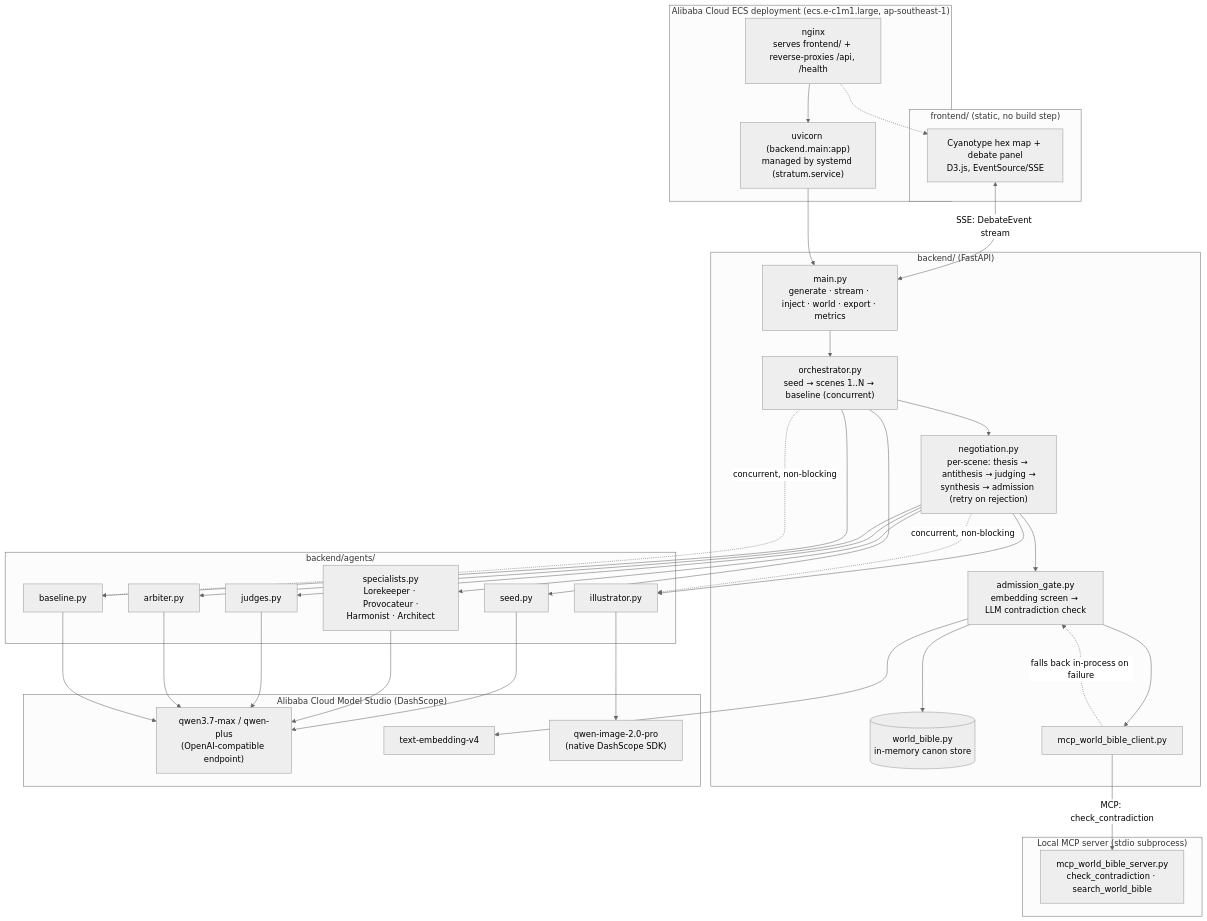
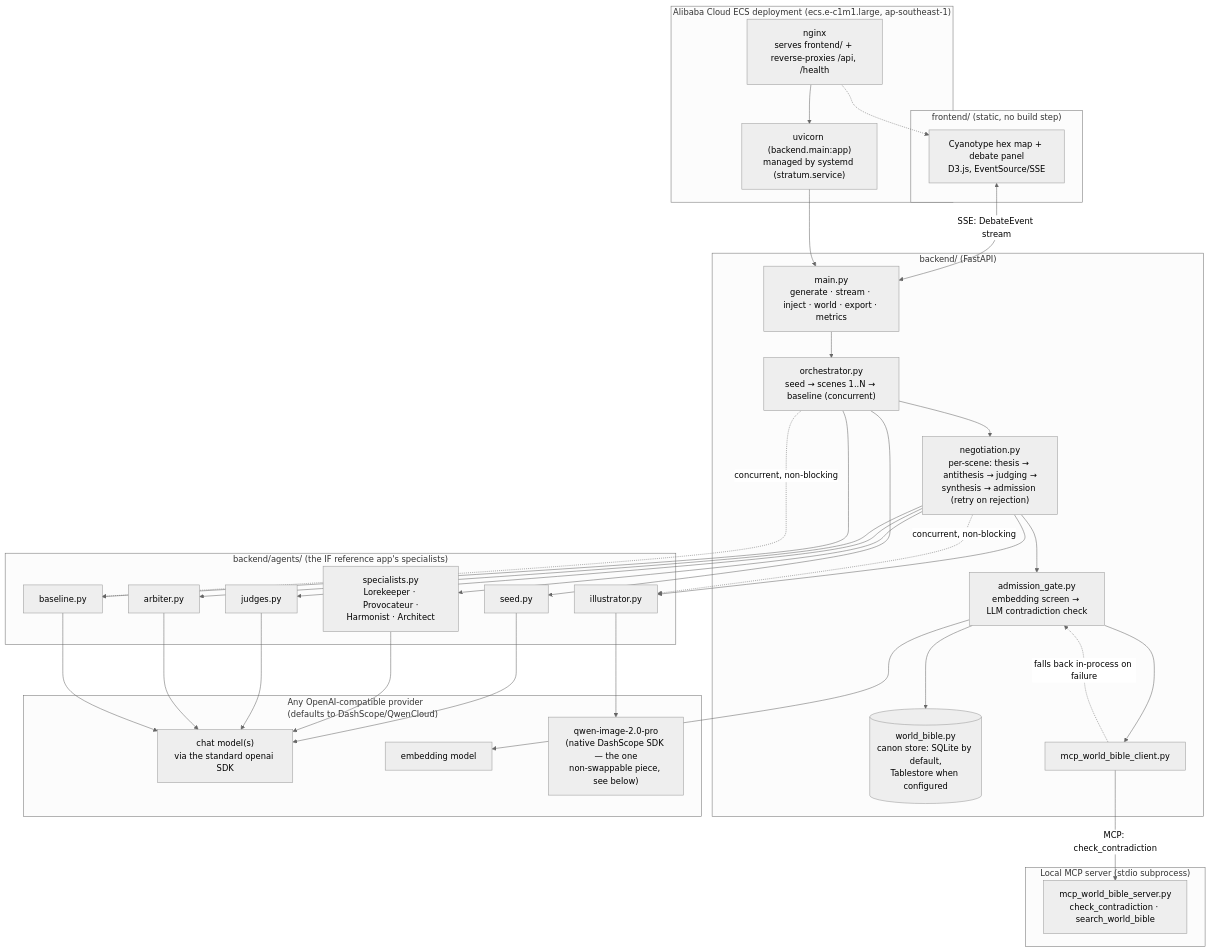
The diagram in README.md (QasimKhan5x/stratum), drawn with Mermaid (neutral theme) before and after one commit. The commit also changed other lines of this file and 36 other files, not shown here.

````diff
--- a/README.md
+++ b/README.md
@@ -17,58 +75,58 @@
 ```mermaid
 flowchart TB
     subgraph Frontend["frontend/ (static, no build step)"]
         UI[Cyanotype hex map + debate panel<br/>D3.js, EventSource/SSE]
     end
 
     subgraph Backend["backend/ (FastAPI)"]
         API["main.py<br/>generate · stream · inject · world · export · metrics"]
         Orch["orchestrator.py<br/>seed → scenes 1..N → baseline (concurrent)"]
         Neg["negotiation.py<br/>per-scene: thesis → antithesis → judging →<br/>synthesis → admission (retry on rejection)"]
         Gate["admission_gate.py<br/>embedding screen → LLM contradiction check"]
-        WB[("world_bible.py<br/>in-memory canon store")]
+        WB[("world_bible.py<br/>canon store: SQLite by default,<br/>Tablestore when configured")]
         McpClient["mcp_world_bible_client.py"]
     end
 
     subgraph MCP["Local MCP server (stdio subprocess)"]
         McpServer["mcp_world_bible_server.py<br/>check_contradiction · search_world_bible"]
     end
 
-    subgraph Agents["backend/agents/"]
+    subgraph Agents["backend/agents/ (the IF reference app's specialists)"]
         Seed[seed.py]
         Spec["specialists.py<br/>Lorekeeper · Provocateur ·<br/>Harmonist · Architect"]
         Judges[judges.py]
         Arbiter[arbiter.py]
         Baseline[baseline.py]
         Illustrator[illustrator.py]
     end
 
-    subgraph DashScope["Alibaba Cloud Model Studio (DashScope)"]
-        Chat["qwen3.7-max / qwen-plus<br/>(OpenAI-compatible endpoint)"]
-        Embed["text-embedding-v4"]
-        Image["qwen-image-2.0-pro<br/>(native DashScope SDK)"]
+    subgraph LLM["Any OpenAI-compatible provider<br/>(defaults to DashScope/QwenCloud)"]
+        Chat["chat model(s)<br/>via the standard openai SDK"]
+        Embed["embedding model"]
+        Image["qwen-image-2.0-pro<br/>(native DashScope SDK — the one<br/>non-swappable piece, see below)"]
     end
 
     subgraph ECS["Alibaba Cloud ECS deployment (ecs.e-c1m1.large, ap-southeast-1)"]
         Nginx["nginx<br/>serves frontend/ + reverse-proxies /api, /health"]
         Uvicorn["uvicorn (backend.main:app)<br/>managed by systemd (stratum.service)"]
     end
 
     UI <-- "SSE: DebateEvent stream" --> API
     API --> Orch --> Neg
     Neg --> Spec & Judges & Arbiter
     Neg --> Gate --> WB
     Gate --> McpClient
     McpClient -- "MCP: check_contradiction" --> McpServer
     McpClient -. "falls back in-process on failure" .-> Gate
     Orch --> Seed & Baseline
     Neg --> Illustrator
     Orch -. "concurrent, non-blocking" .-> Baseline
     Neg -. "concurrent, non-blocking" .-> Illustrator
 
     Seed & Spec & Judges & Arbiter & Baseline --> Chat
     Gate --> Embed
     Illustrator --> Image
 
     Nginx --> Uvicorn --> API
     Nginx -.-> UI
 ```
````
